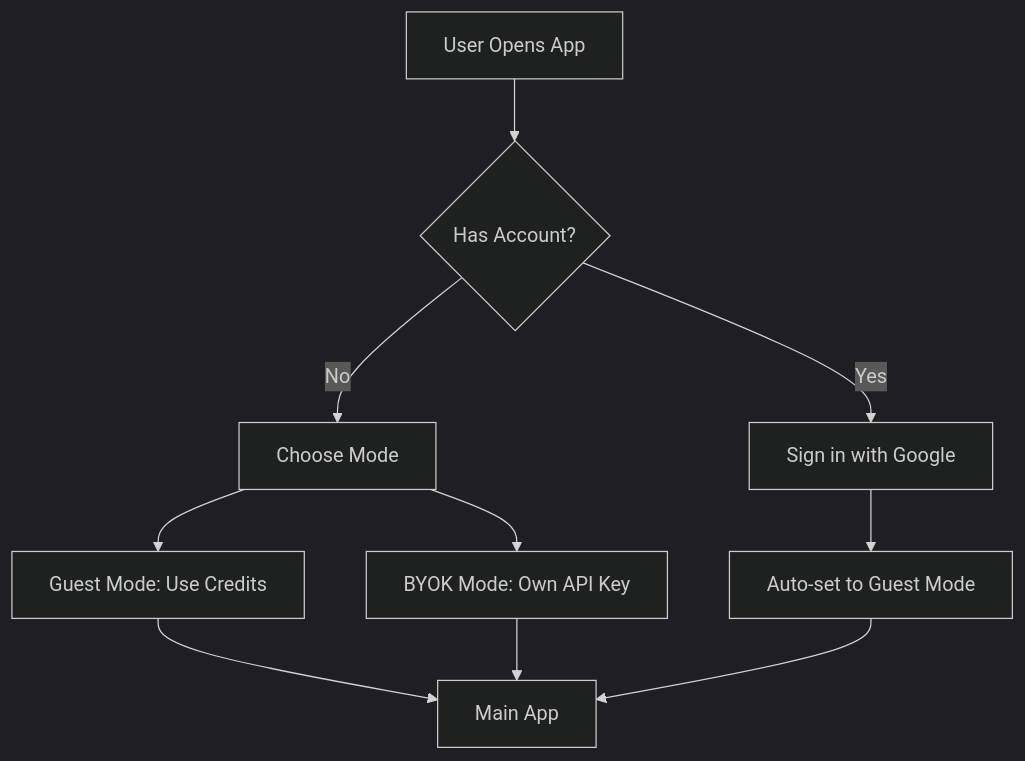
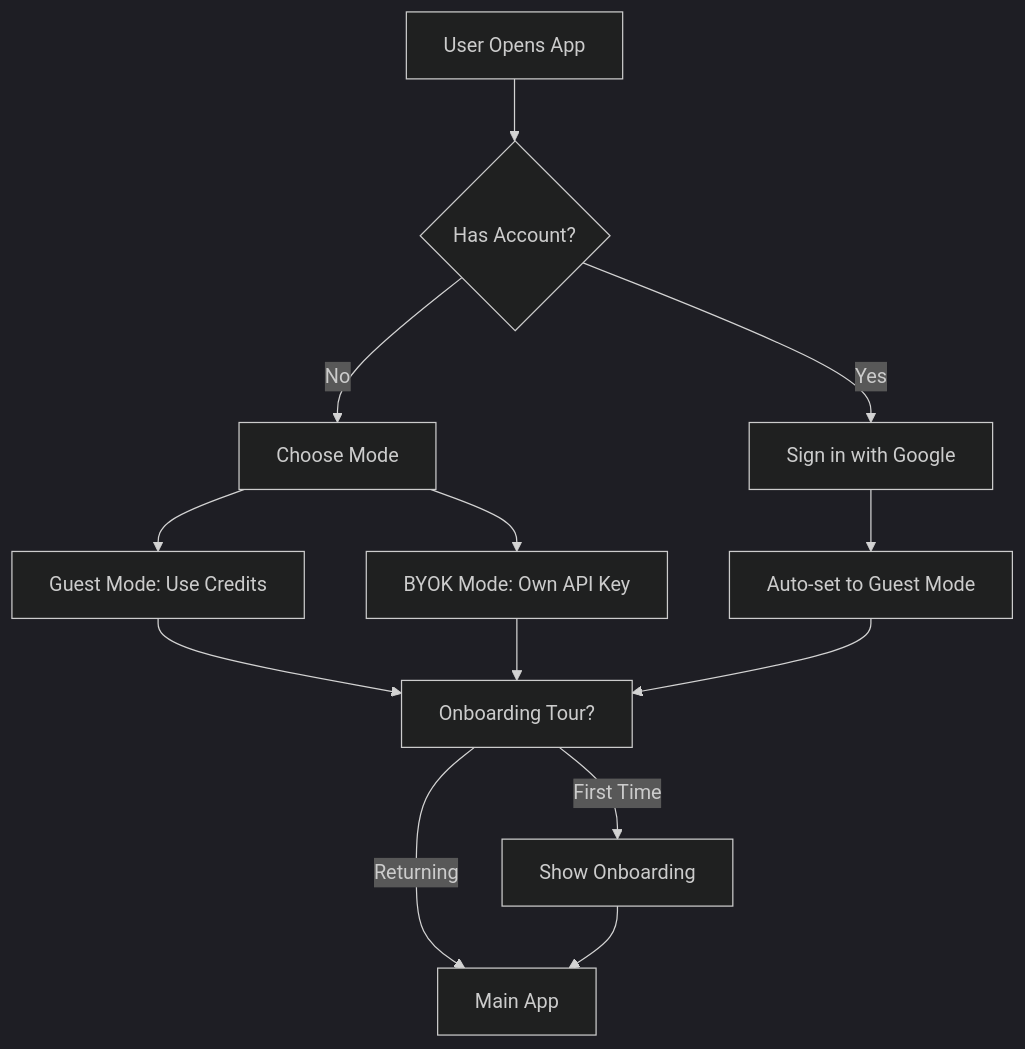
One commit to vatsal28/civic_vision changed the first of 2 diagrams in PRD.md. Above: the diagram before and after it, drawn with Mermaid (dark theme). The commit also changed other lines of this file and 13 other files, not shown here.

````diff
--- a/PRD.md
+++ b/PRD.md
@@ -39,12 +42,15 @@
 ```mermaid
 flowchart TD
     A[User Opens App] --> B{Has Account?}
     B -->|Yes| C[Sign in with Google]
     B -->|No| D[Choose Mode]
     D --> E[Guest Mode: Use Credits]
     D --> F[BYOK Mode: Own API Key]
     C --> G[Auto-set to Guest Mode]
-    E --> H[Main App]
+    E --> H[Onboarding Tour?]
     F --> H
     G --> H
+    H -->|First Time| I[Show Onboarding]
+    H -->|Returning| J[Main App]
+    I --> J
 ```
````
